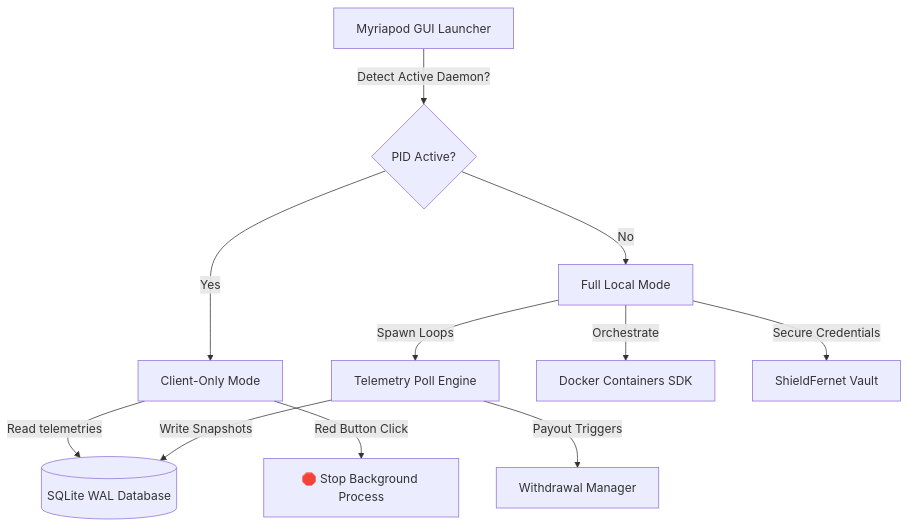
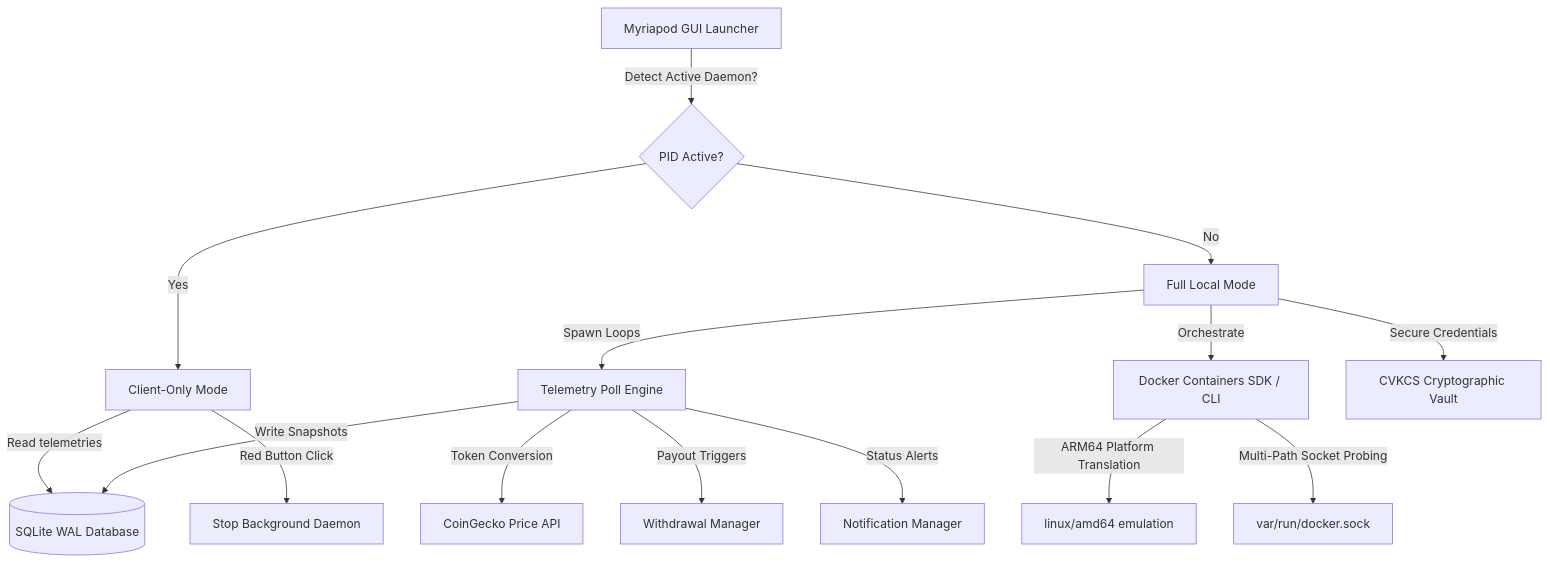
The diagram in README.md (HackerPrat/Myriapod), drawn with Mermaid before and after one commit. The commit also changed other lines of this file, not shown here.

````diff
--- a/README.md
+++ b/README.md
@@ -144,16 +31,21 @@
 ```mermaid
 graph TD
     A[Myriapod GUI Launcher] -->|Detect Active Daemon?| B{PID Active?}
     B -->|Yes| C[Client-Only Mode]
     B -->|No| D[Full Local Mode]
     
     C -->|Read telemetries| E[(SQLite WAL Database)]
-    C -->|Red Button Click| F[🛑 Stop Background Process]
+    C -->|Red Button Click| F[Stop Background Daemon]
     
     D -->|Spawn Loops| G[Telemetry Poll Engine]
-    D -->|Orchestrate| H[Docker Containers SDK]
-    D -->|Secure Credentials| I[ShieldFernet Vault]
+    D -->|Orchestrate| H[Docker Containers SDK / CLI]
+    D -->|Secure Credentials| I[CVKCS Cryptographic Vault]
     
     G -->|Write Snapshots| E
+    G -->|Token Conversion| K[CoinGecko Price API]
     G -->|Payout Triggers| J[Withdrawal Manager]
+    G -->|Status Alerts| L[Notification Manager]
+    
+    H -->|ARM64 Platform Translation| M[linux/amd64 emulation]
+    H -->|Multi-Path Socket Probing| N[var/run/docker.sock]
 ```
````
